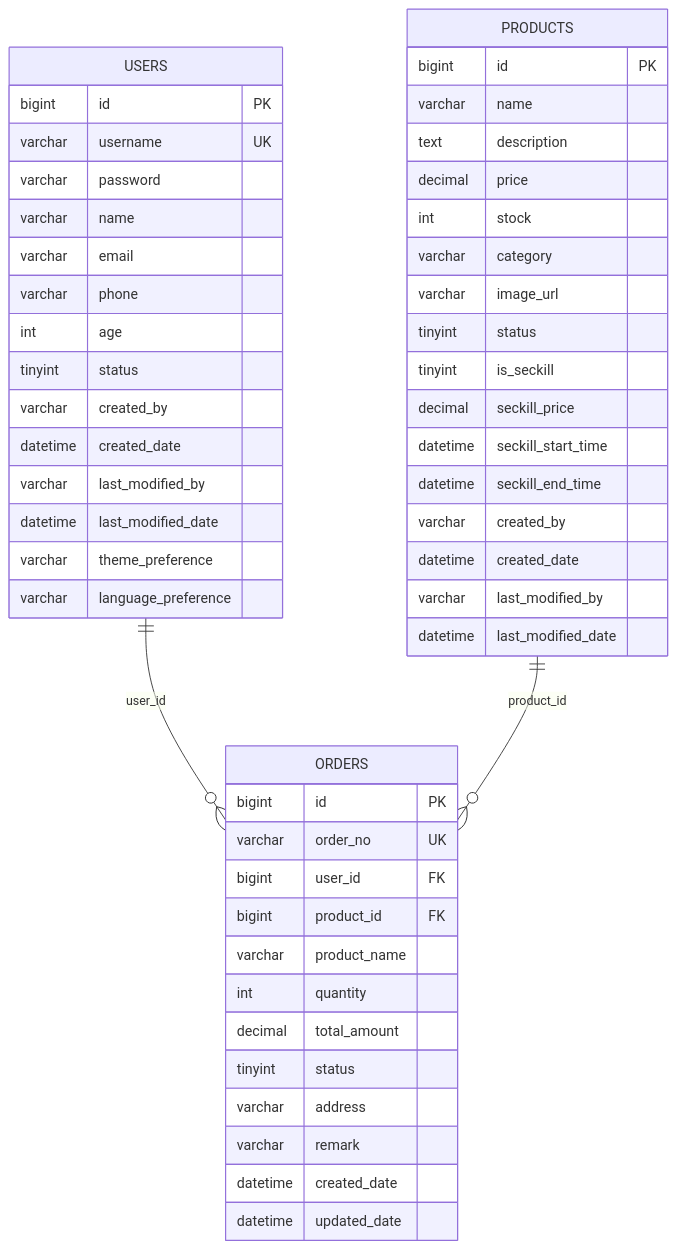
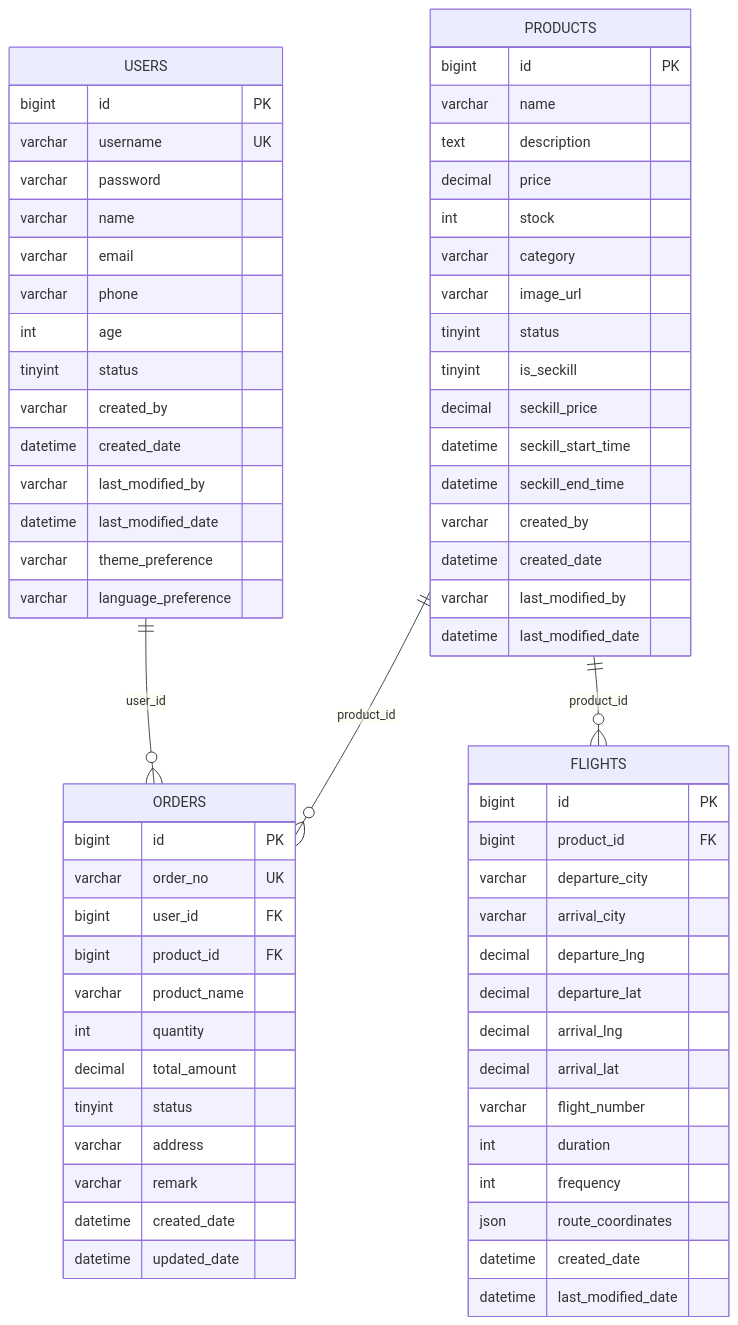
The ninth of 9 diagrams in .qoder/repowiki/zh/content/数据库设计.md (haohailiang/qoder-fullstack), drawn with Mermaid before and after one commit. The commit also changed other lines of this file and 48 other files, not shown here.

````diff
--- a/.qoder/repowiki/zh/content/数据库设计.md
+++ b/.qoder/repowiki/zh/content/数据库设计.md
@@ -367,53 +434,70 @@
 ```mermaid
 erDiagram
 USERS {
 bigint id PK
 varchar username UK
 varchar password
 varchar name
 varchar email
 varchar phone
 int age
 tinyint status
 varchar created_by
 datetime created_date
 varchar last_modified_by
 datetime last_modified_date
 varchar theme_preference
 varchar language_preference
 }
 PRODUCTS {
 bigint id PK
 varchar name
 text description
 decimal price
 int stock
 varchar category
 varchar image_url
 tinyint status
 tinyint is_seckill
 decimal seckill_price
 datetime seckill_start_time
 datetime seckill_end_time
 varchar created_by
 datetime created_date
 varchar last_modified_by
 datetime last_modified_date
 }
 ORDERS {
 bigint id PK
 varchar order_no UK
 bigint user_id FK
 bigint product_id FK
 varchar product_name
 int quantity
 decimal total_amount
 tinyint status
 varchar address
 varchar remark
 datetime created_date
 datetime updated_date
 }
 USERS ||--o{ ORDERS : "user_id"
 PRODUCTS ||--o{ ORDERS : "product_id"
+PRODUCTS ||--o{ FLIGHTS : "product_id"
+FLIGHTS {
+bigint id PK
+bigint product_id FK
+varchar departure_city
+varchar arrival_city
+decimal departure_lng
+decimal departure_lat
+decimal arrival_lng
+decimal arrival_lat
+varchar flight_number
+int duration
+int frequency
+json route_coordinates
+datetime created_date
+datetime last_modified_date
+}
 ```
````
